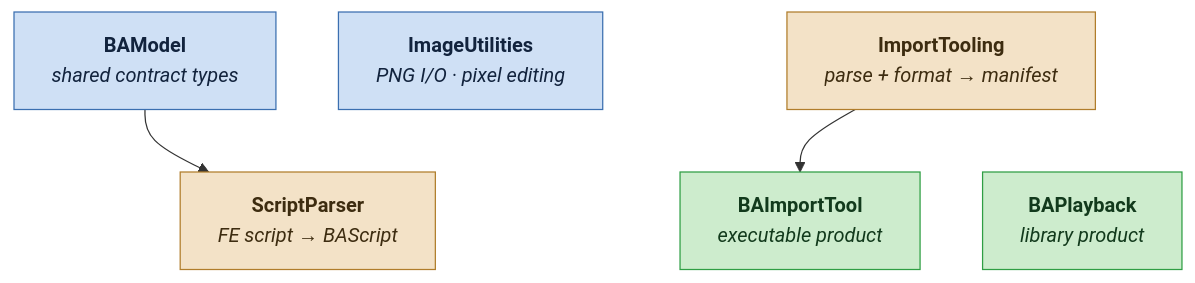
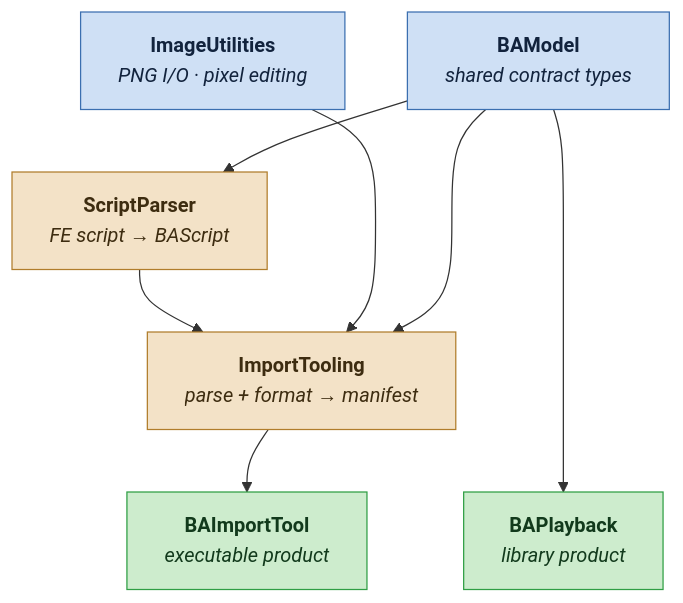
One commit to gannonmg/HexEmblem changed the diagram in BattleAnimationCore/.docs/diagrams/.dependency-graph.mmd. Above: the diagram before and after it, drawn with Mermaid. The commit also changed 1 other file, not shown here.

Commit message:
restore mermaid graph

```diff
--- a/BattleAnimationCore/.docs/diagrams/.dependency-graph.mmd
+++ b/BattleAnimationCore/.docs/diagrams/.dependency-graph.mmd
@@ -1,32 +1,32 @@
 ---
 config:
 layout: elk
 ---
 graph TD
     BAModel["`**BAModel**
     _shared contract types_`"]:::foundation
     ImageUtilities["`**ImageUtilities**
     _PNG I/O · pixel editing_`"]:::foundation
     ScriptParser["`**ScriptParser**
     _FE script → BAScript_`"]:::internal
     ImportTooling["`**ImportTooling**
     _parse + format → manifest_`"]:::internal
     BAPlayback["`**BAPlayback**
     _library product_`"]:::product
     BAImportTool["`**BAImportTool**
     _executable product_`"]:::product
 
     BAModel --> ScriptParser
-    %% BAModel --> ImportTooling
-    %% BAModel --> BAPlayback
-    %% ImageUtilities --> ImportTooling
-    %% ScriptParser --> ImportTooling
+    BAModel --> ImportTooling
+    BAModel --> BAPlayback
+    ImageUtilities --> ImportTooling
+    ScriptParser --> ImportTooling
     ImportTooling --> BAImportTool
 
     %% invisible hints (not drawn) — align nodes by role, not by depth
     ImageUtilities ~~~ ScriptParser
     ImportTooling ~~~ BAPlayback
 
     classDef foundation fill:#cfe0f5,stroke:#3b6fb0,stroke-width:1px,color:#12233d;
     classDef internal fill:#f3e2c7,stroke:#b07d2b,stroke-width:1px,color:#3d2c10;
     classDef product fill:#cdeccd,stroke:#2f9e44,stroke-width:1px,color:#123a1c;
```
